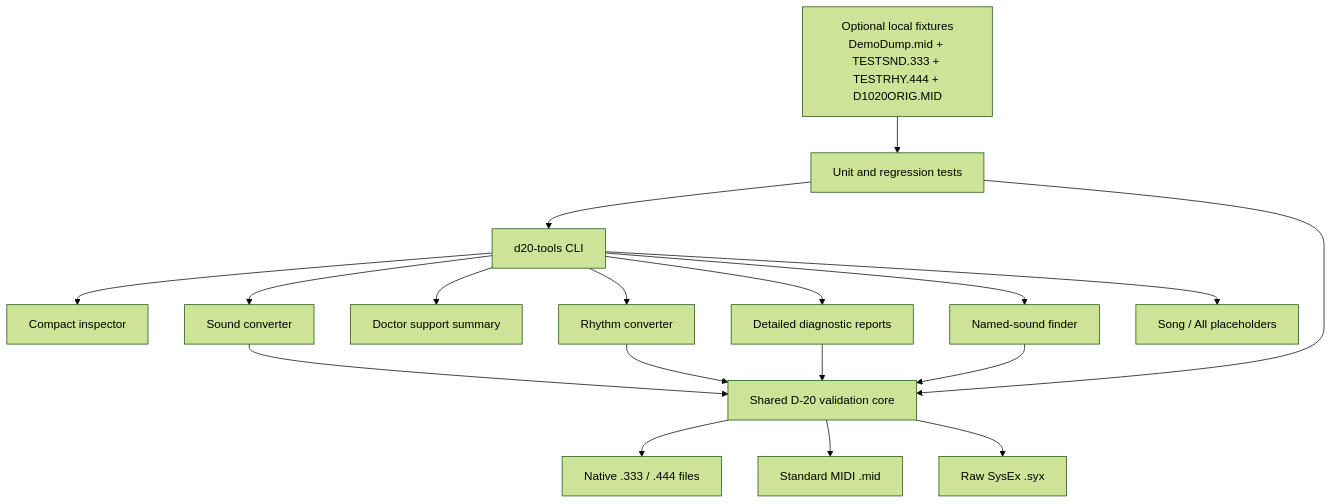
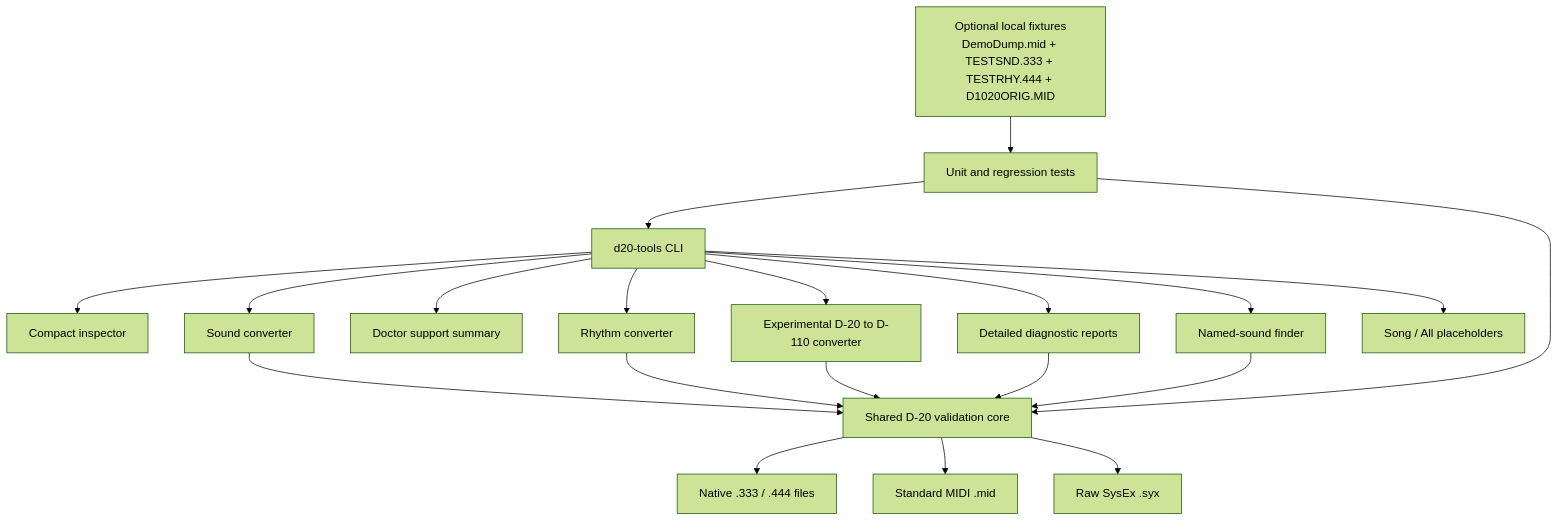
The diagram in docs/architecture.md (rjburrows/roland-d20-tools), drawn with Mermaid (forest theme) before and after one commit. The commit also changed other lines of this file and 10 other files, not shown here.

````diff
--- a/docs/architecture.md
+++ b/docs/architecture.md
@@ -3,20 +3,22 @@
 ```mermaid
 flowchart TD
     CLI[d20-tools CLI] --> I[Compact inspector]
     CLI --> F[Named-sound finder]
     CLI --> H[Doctor support summary]
     CLI --> D[Detailed diagnostic reports]
     CLI --> S[Sound converter]
     CLI --> R[Rhythm converter]
+    CLI --> X[Experimental D-20 to D-110 converter]
     CLI --> W[Song / All placeholders]
     S --> Core[Shared D-20 validation core]
     R --> Core
+    X --> Core
     D --> Core
     F --> Core
     Core --> Native[Native .333 / .444 files]
     Core --> Midi[Standard MIDI .mid]
     Core --> Syx[Raw SysEx .syx]
     Tests[Unit and regression tests] --> CLI
     Tests --> Core
     Local[Optional local fixtures\nDemoDump.mid + TESTSND.333 + TESTRHY.444 + D1020ORIG.MID] --> Tests
 ```
````
